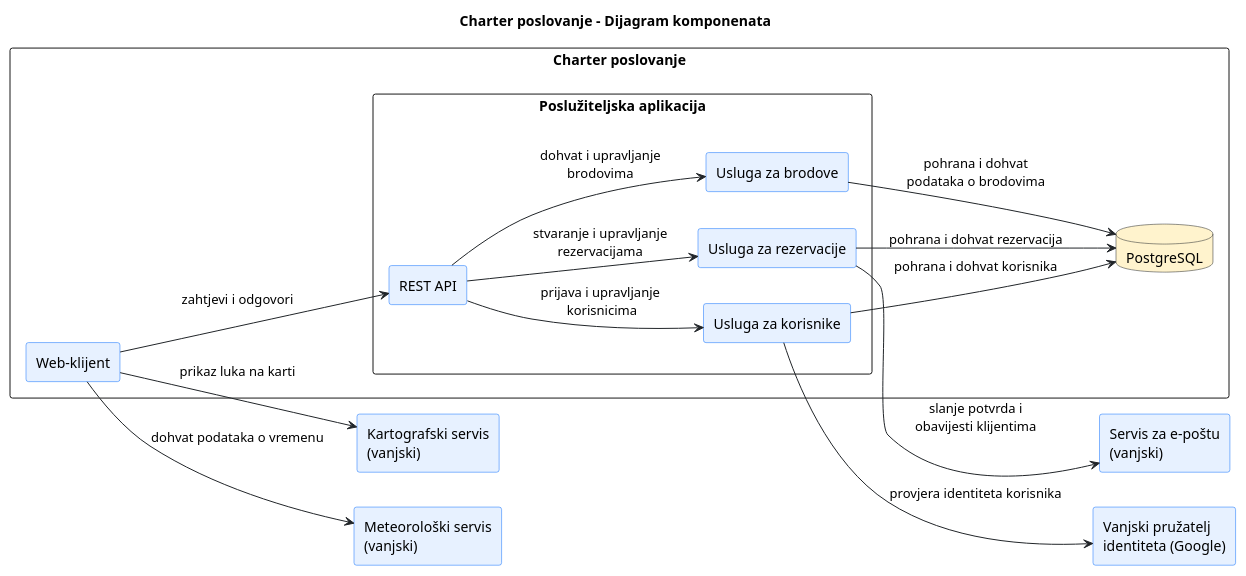
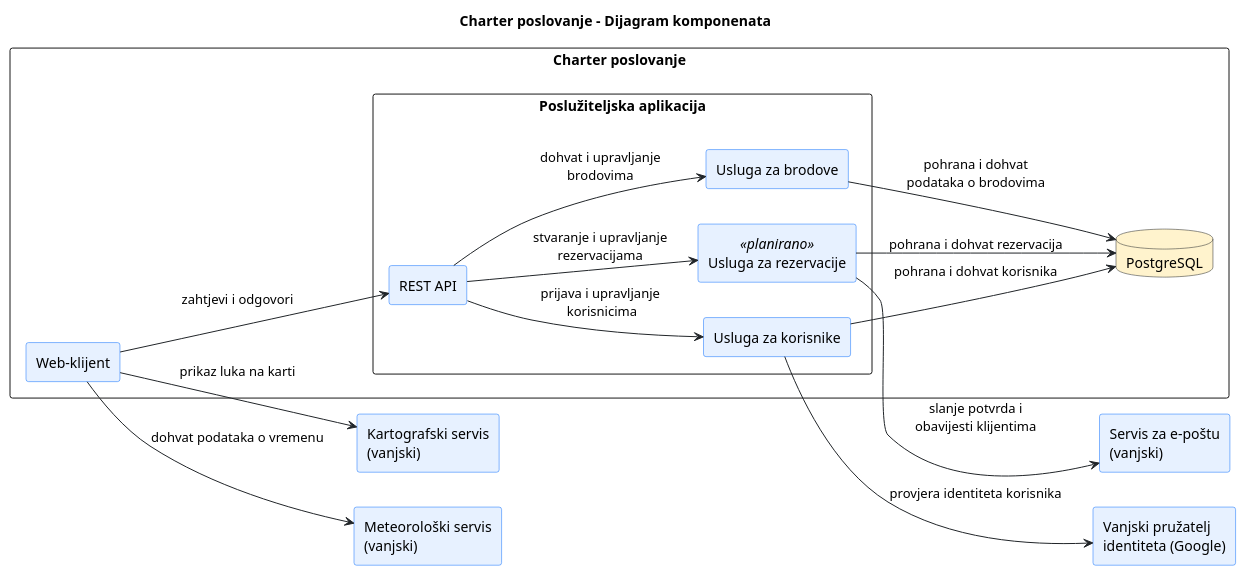
One commit to auzelac1/PROGI_PROJEKT changed the diagram in docs/puml/4-2-dijagram-komponenata.puml. Above: the diagram before and after it, drawn with PlantUML. The commit also changed 5 other files, not shown here.

```diff
--- a/docs/puml/4-2-dijagram-komponenata.puml
+++ b/docs/puml/4-2-dijagram-komponenata.puml
@@ -1,60 +1,60 @@
 @startuml
 title Charter poslovanje - Dijagram komponenata
 left to right direction
 
 skinparam shadowing false
 skinparam defaultFontName Arial
 skinparam componentStyle rectangle
 skinparam ArrowColor #212529
 
 skinparam component {
     BackgroundColor #E7F1FF
     BorderColor #0D6EFD
 }
 
 skinparam database {
     BackgroundColor #FFF3CD
     BorderColor #212529
 }
 
 ' Granica sustava i unutarnje komponente
 
 rectangle "Charter poslovanje" {
     component "Web-klijent" as Web
 
     rectangle "Poslužiteljska aplikacija" {
         component "REST API" as API
         component "Usluga za korisnike" as Users
-        component "Usluga za rezervacije" as Reservations
+        component "Usluga za rezervacije" <<planirano>> as Reservations
         component "Usluga za brodove" as Boats
     }
 
     database "PostgreSQL" as DB
 }
 
 ' Vanjski sustavi
 
 component "Meteorološki servis\n(vanjski)" as WeatherAPI
 component "Kartografski servis\n(vanjski)" as Maps
 component "Vanjski pružatelj\nidentiteta (Google)" as OAuth
 component "Servis za e-poštu\n(vanjski)" as Mail
 
 ' Ovisnosti i sučelja
 
 Web --> API : zahtjevi i odgovori
 
 API --> Users : prijava i upravljanje\n korisnicima
 API --> Reservations : stvaranje i upravljanje\nrezervacijama
 API --> Boats : dohvat i upravljanje\nbrodovima
 
 Users --> DB : pohrana i dohvat korisnika
 Reservations --> DB : pohrana i dohvat rezervacija
 Boats --> DB : pohrana i dohvat\npodataka o brodovima
 
 Web --> WeatherAPI : dohvat podataka o vremenu
 Web --> Maps : prikaz luka na karti
 
 Users --> OAuth : provjera identiteta korisnika
 Reservations --> Mail : slanje potvrda i\nobavijesti klijentima
 
 @enduml
```
